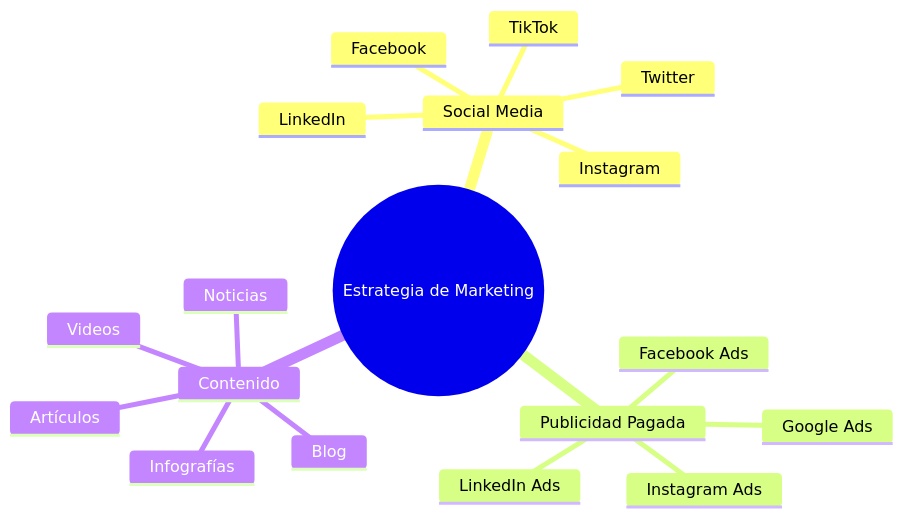
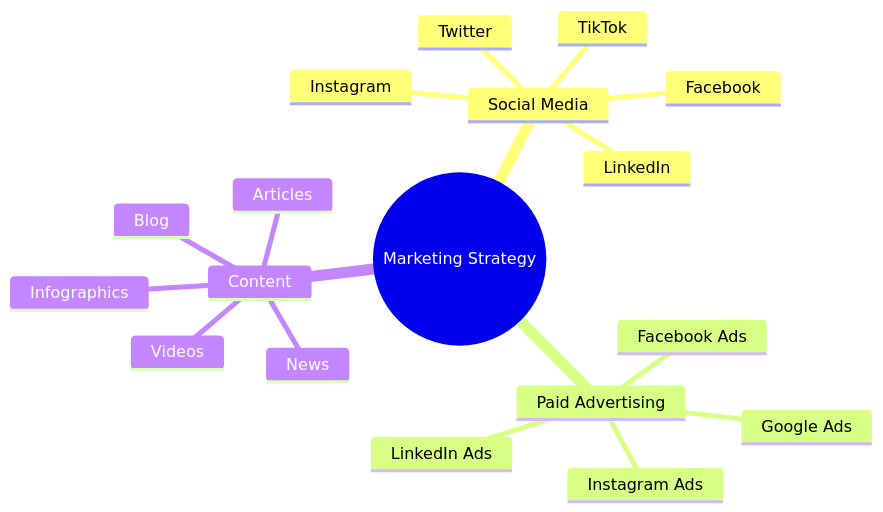
One commit to despiau/mermaid changed the fourth of 10 diagrams in README.md. Above: the diagram before and after it, drawn with Mermaid. The commit also changed other lines of this file, not shown here.

````diff
--- a/README.md
+++ b/README.md
@@ -51,21 +51,21 @@
 ```mermaid
 mindmap
-  root((Estrategia de Marketing))
+  root((Marketing Strategy))
     Social Media
       Facebook
       Twitter
       Instagram
       LinkedIn
       TikTok
-    Publicidad Pagada
+    Paid Advertising
       Google Ads
       Facebook Ads
       Instagram Ads
       LinkedIn Ads
-    Contenido
+    Content
       Blog
       Videos
-      Infografías
-      Artículos
-      Noticias
+      Infographics
+      Articles
+      News
 ```
````
